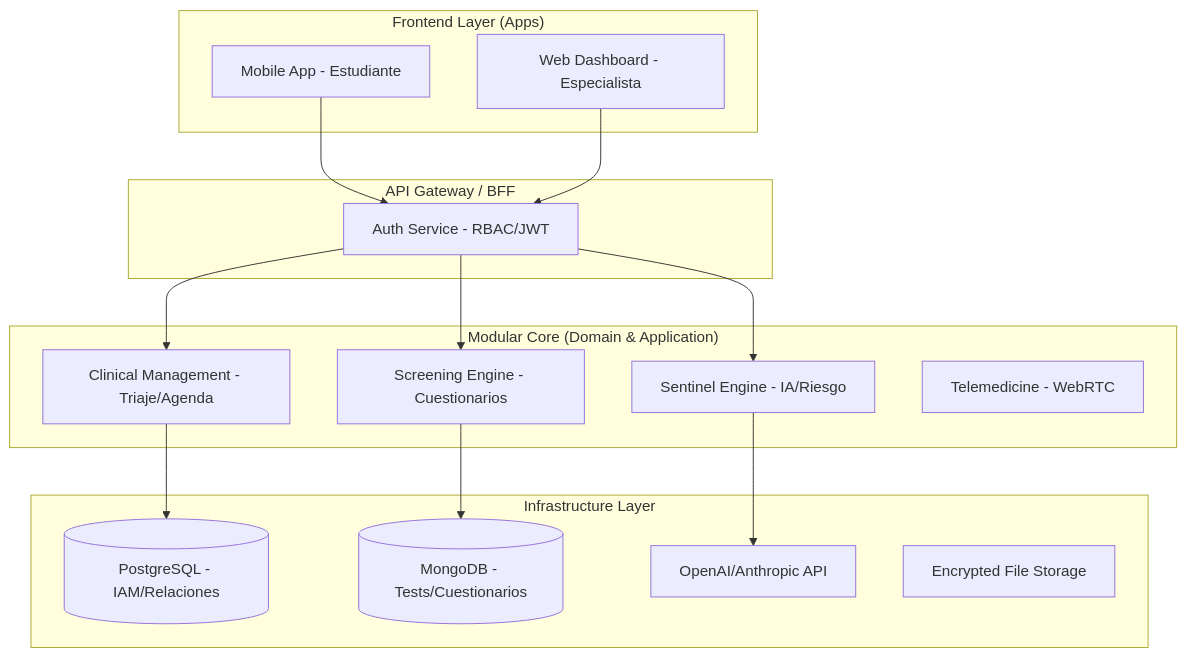
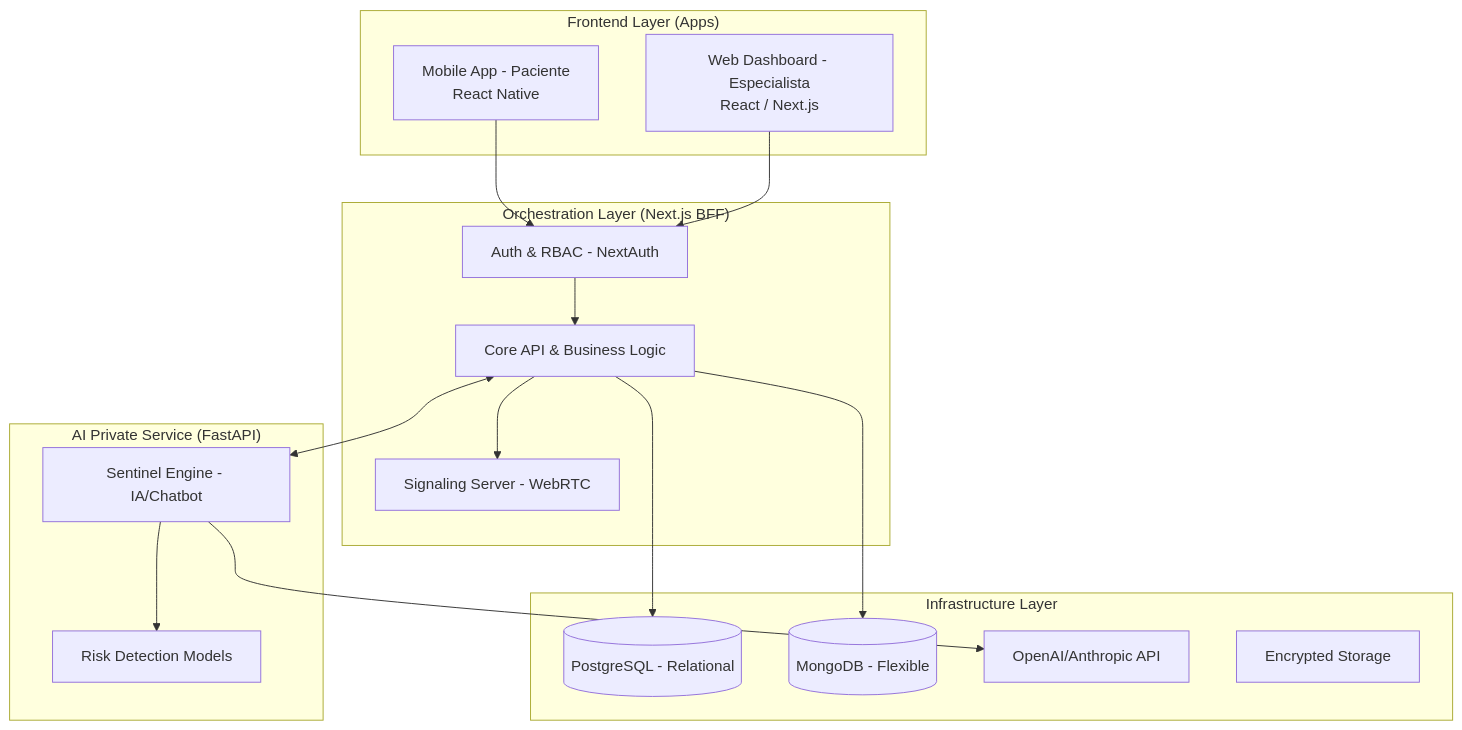
One commit to washan-9/Marcheli changed the diagram in docs/arquitectura_marcheli.idea.md. Above: the diagram before and after it, drawn with Mermaid. The commit also changed other lines of this file and 1 other file, not shown here.

````diff
--- a/docs/arquitectura_marcheli.idea.md
+++ b/docs/arquitectura_marcheli.idea.md
@@ -14,34 +14,42 @@
 ```mermaid
 graph TD
     subgraph "Frontend Layer (Apps)"
-        Mobile[Mobile App - Estudiante]
-        Web[Web Dashboard - Especialista]
+        Mobile[Mobile App - Paciente\nReact Native]
+        Web[Web Dashboard - Especialista\nReact / Next.js]
     end
 
-    subgraph "API Gateway / BFF"
-        Auth[Auth Service - RBAC/JWT]
+    subgraph "Orchestration Layer (Next.js BFF)"
+        Auth[Auth & RBAC - NextAuth]
+        Signal[Signaling Server - WebRTC]
+        API[Core API & Business Logic]
     end
 
-    subgraph "Modular Core (Domain & Application)"
-        Sentinel[Sentinel Engine - IA/Riesgo]
-        Screening[Screening Engine - Cuestionarios]
-        Clinical[Clinical Management - Triaje/Agenda]
-        Telemed[Telemedicine - WebRTC]
+    subgraph "AI Private Service (FastAPI)"
+        Sentinel[Sentinel Engine - IA/Chatbot]
+        Risk[Risk Detection Models]
     end
 
     subgraph "Infrastructure Layer"
-        Postgres[(PostgreSQL - IAM/Relaciones)]
-        Mongo[(MongoDB - Tests/Cuestionarios)]
+        Postgres[(PostgreSQL - Relational)]
+        Mongo[(MongoDB - Flexible)]
         LLM[OpenAI/Anthropic API]
-        Storage[Encrypted File Storage]
+        Storage[Encrypted Storage]
     end
 
+    %% Conexiones de Apps al Orquestador
     Mobile --> Auth
     Web --> Auth
-    Auth --> Sentinel
-    Auth --> Screening
-    Auth --> Clinical
+    
+    %% Orquestación de Lógica
+    Auth --> API
+    API --> Signal
+    
+    %% Comunicación Interna (Next.js a FastAPI)
+    API <--> Sentinel
     Sentinel --> LLM
-    Screening --> Mongo
-    Clinical --> Postgres
+    Sentinel --> Risk
+
+    %% Persistencia (Solo Next.js toca la DB)
+    API --> Postgres
+    API --> Mongo
 ```
````
